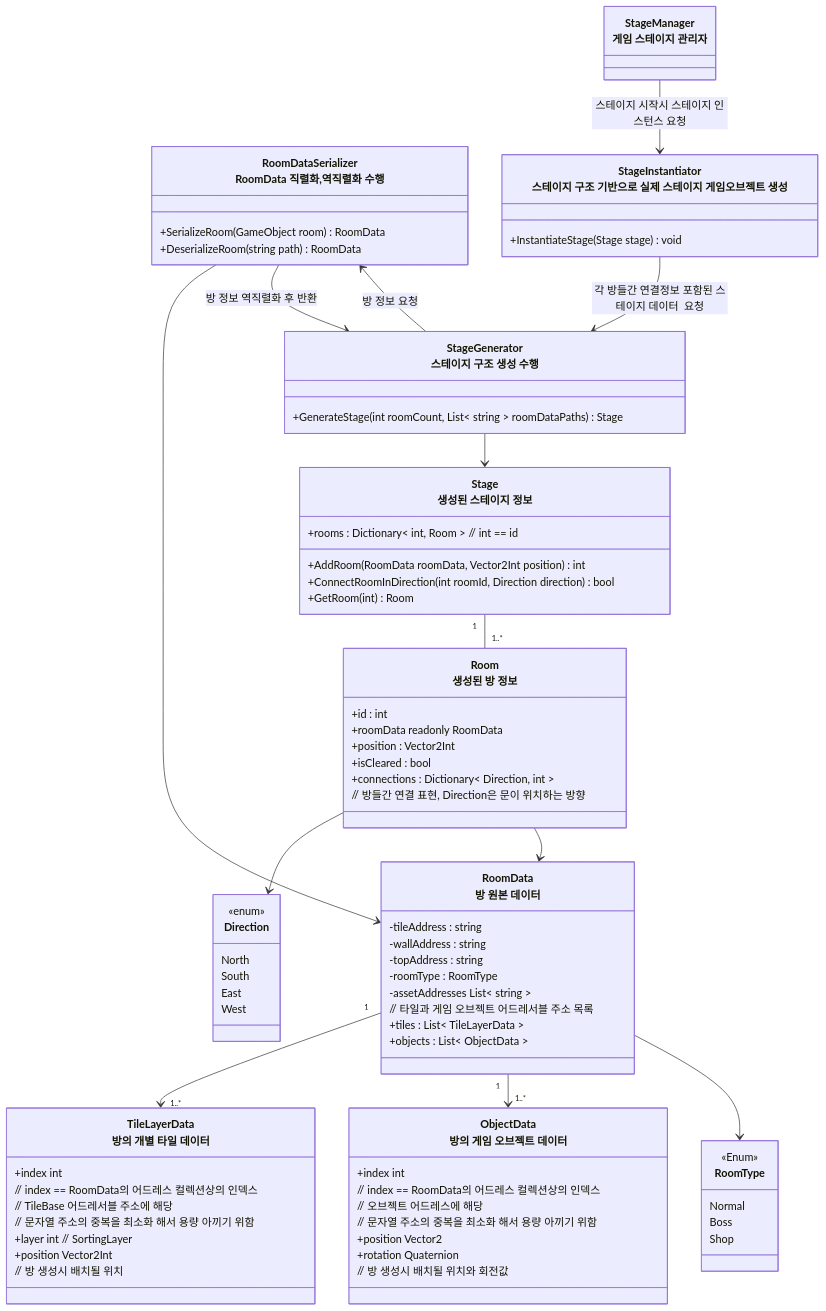
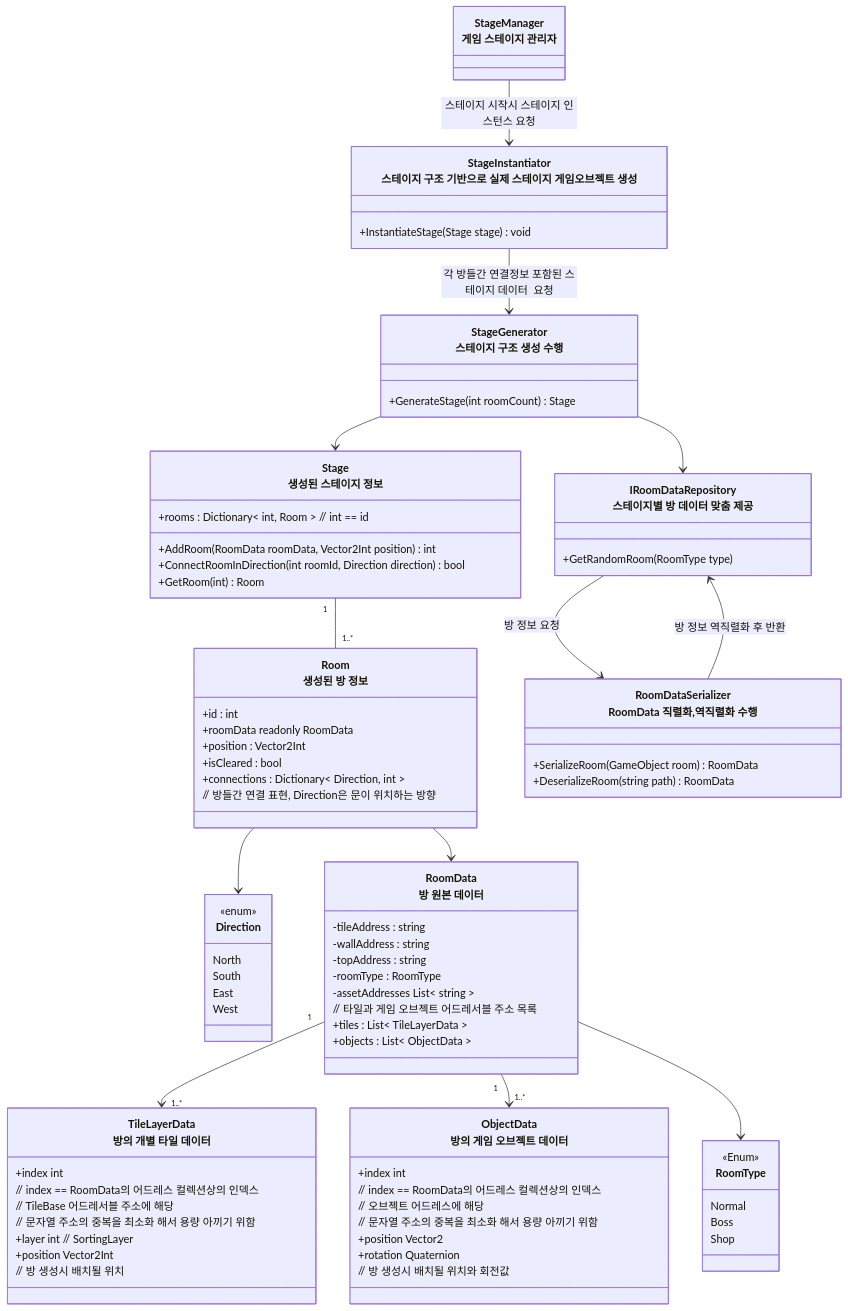
Before and after one commit to JIN5EOK/DungeonShooter: the first of 5 diagrams in Assets/_README/Stage_Spec.md, drawn with Mermaid. The commit also changed other lines of this file, not shown here.

Commit message:
docs: 설계 문서 수정 - 방 데이터 로드 담당하는 RoomDataRepository 추가

```diff
--- a/Assets/_README/Stage_Spec.md
+++ b/Assets/_README/Stage_Spec.md
@@ -12,6 +12,11 @@
         East
         West
     }
+
+    class IRoomDataRepository["IRoomDataRepository<br>스테이지별 방 데이터 맞춤 제공"] {
+        +GetRandomRoom(RoomType type)
+    }
+
     class Stage["Stage<br>생성된 스테이지 정보"] {
         +rooms : Dictionary< int, Room > // int == id
         +AddRoom(RoomData roomData, Vector2Int position) int
@@ -65,7 +70,7 @@
     }
 
     class StageGenerator["StageGenerator<br>스테이지 구조 생성 수행"]{
-        +GenerateStage(int roomCount, List< string > roomDataPaths) Stage
+        +GenerateStage(int roomCount) Stage
     }
 
     class StageInstantiator["StageInstantiator<br>스테이지 구조 기반으로 실제 스테이지 게임오브젝트 생성"]{
@@ -82,12 +87,13 @@
         Shop
     }
     
-    RoomDataSerializer --> RoomData
+    StageGenerator --> IRoomDataRepository
     StageManager --> StageInstantiator : 스테이지 시작시 스테이지 인스턴스 요청
     Room --> Direction
-    StageGenerator --> RoomDataSerializer : 방 정보 요청
+    
+    IRoomDataRepository --> RoomDataSerializer : 방 정보 요청
     StageGenerator --> Stage
-    RoomDataSerializer -->  StageGenerator : 방 정보 역직렬화 후 반환
+    RoomDataSerializer -->  IRoomDataRepository : 방 정보 역직렬화 후 반환
     StageInstantiator --> StageGenerator : 각 방들간 연결정보 포함된 스테이지 데이터  요청
     Stage "1" -- "1..*" Room
     Room --> RoomData
```
